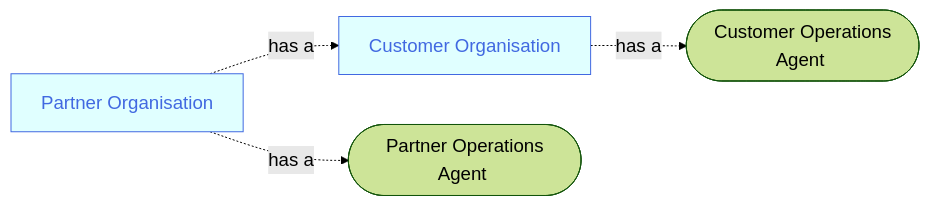
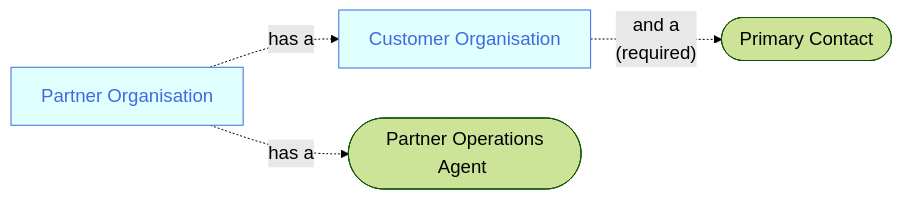
The diagram in 2025_Sage/03_Scenario - Sites.mdx (joe-dorward/samples), drawn with Mermaid before and after one commit.

Commit message:
Update 03_Scenario - Sites.mdx

````diff
--- a/2025_Sage/03_Scenario - Sites.mdx
+++ b/2025_Sage/03_Scenario - Sites.mdx
@@ -6,32 +6,32 @@
 ```mermaid
 %%{
   init: {
     'theme': 'forest',
     'themeVariables': {
       'fontSize':'14pt'
     }
   }
 }%%
 flowchart LR
   classDef Sage fill:seagreen, color:honeydew;
   classDef Noun fill:lightcyan, stroke:royalblue, color:royalblue;
   classDef Note fill:white, stroke:white, text-align:left;
 
   PARTNER_ORGANISATION_01[Partner Organisation]
 
   PARTNER_ORGANISATION_01-.has a.->
-  CUSTOMER_ORGANISATION_01[Customer Organisation]-.has a.->
-  CUSTOMER_OPERATIONS_AGENT_01([&nbsp;Customer Operations Agent&nbsp;])
+  CUSTOMER_ORGANISATION_01[Customer Organisation]-.and a<br/>(required).->
+  PRIMARY_CONTACT_01([&nbsp;Primary Contact&nbsp;])
 
   PARTNER_ORGANISATION_01-.has a.->
   PARTNER_OPERATIONS_AGENT_01([&nbsp;Partner Operations Agent&nbsp;])
 
 
   %%-.who adds a.->
   %%CUSTOMER_ORGANISATION_01[Customer Organisation]-.and a<br/>(required).->
   %%PRIMARY_CONTACT_01([&nbsp;Primary Contact&nbsp;])-.-o
   %%PRIMARY_CONTACT_01_NOTE[The **Primary Contact** is added with the **Customer Operations Agent** role]
 
   class PARTNER_ORGANISATION_01,CUSTOMER_ORGANISATION_01 Noun
   class PRIMARY_CONTACT_01_NOTE Note
 ```
````
